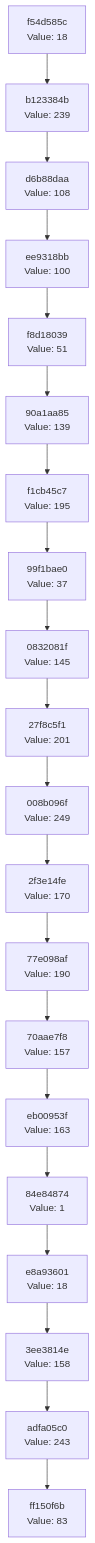
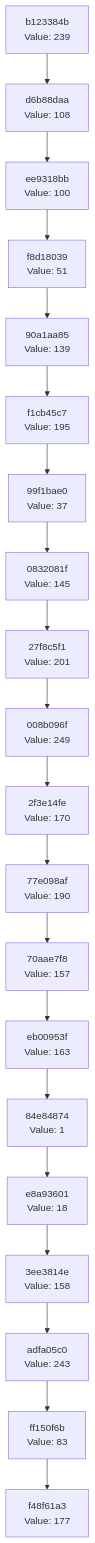
One commit to Abhisheksinha1506/hash-chain-evolver changed the diagram in docs/CHAIN_VISUALIZATION.md. Above: the diagram before and after it, drawn with Mermaid. The commit also changed 2 other files, not shown here.

Commit message:
Evolution step: hash 0xB1 → action executed

````diff
--- a/docs/CHAIN_VISUALIZATION.md
+++ b/docs/CHAIN_VISUALIZATION.md
@@ -3,42 +3,42 @@
 ```mermaid
 graph TD
-    C0["ff150f6b<br/>Value: 83"]
-    C1["adfa05c0<br/>Value: 243"]
+    C0["f48f61a3<br/>Value: 177"]
+    C1["ff150f6b<br/>Value: 83"]
     C1 --> C0
-    C2["3ee3814e<br/>Value: 158"]
+    C2["adfa05c0<br/>Value: 243"]
     C2 --> C1
-    C3["e8a93601<br/>Value: 18"]
+    C3["3ee3814e<br/>Value: 158"]
     C3 --> C2
-    C4["84e84874<br/>Value: 1"]
+    C4["e8a93601<br/>Value: 18"]
     C4 --> C3
-    C5["eb00953f<br/>Value: 163"]
+    C5["84e84874<br/>Value: 1"]
     C5 --> C4
-    C6["70aae7f8<br/>Value: 157"]
+    C6["eb00953f<br/>Value: 163"]
     C6 --> C5
-    C7["77e098af<br/>Value: 190"]
+    C7["70aae7f8<br/>Value: 157"]
     C7 --> C6
-    C8["2f3e14fe<br/>Value: 170"]
+    C8["77e098af<br/>Value: 190"]
     C8 --> C7
-    C9["008b096f<br/>Value: 249"]
+    C9["2f3e14fe<br/>Value: 170"]
     C9 --> C8
-    C10["27f8c5f1<br/>Value: 201"]
+    C10["008b096f<br/>Value: 249"]
     C10 --> C9
-    C11["0832081f<br/>Value: 145"]
+    C11["27f8c5f1<br/>Value: 201"]
     C11 --> C10
-    C12["99f1bae0<br/>Value: 37"]
+    C12["0832081f<br/>Value: 145"]
     C12 --> C11
-    C13["f1cb45c7<br/>Value: 195"]
+    C13["99f1bae0<br/>Value: 37"]
     C13 --> C12
-    C14["90a1aa85<br/>Value: 139"]
+    C14["f1cb45c7<br/>Value: 195"]
     C14 --> C13
-    C15["f8d18039<br/>Value: 51"]
+    C15["90a1aa85<br/>Value: 139"]
     C15 --> C14
-    C16["ee9318bb<br/>Value: 100"]
+    C16["f8d18039<br/>Value: 51"]
     C16 --> C15
-    C17["d6b88daa<br/>Value: 108"]
+    C17["ee9318bb<br/>Value: 100"]
     C17 --> C16
-    C18["b123384b<br/>Value: 239"]
+    C18["d6b88daa<br/>Value: 108"]
     C18 --> C17
-    C19["f54d585c<br/>Value: 18"]
+    C19["b123384b<br/>Value: 239"]
     C19 --> C18
 ```
````
